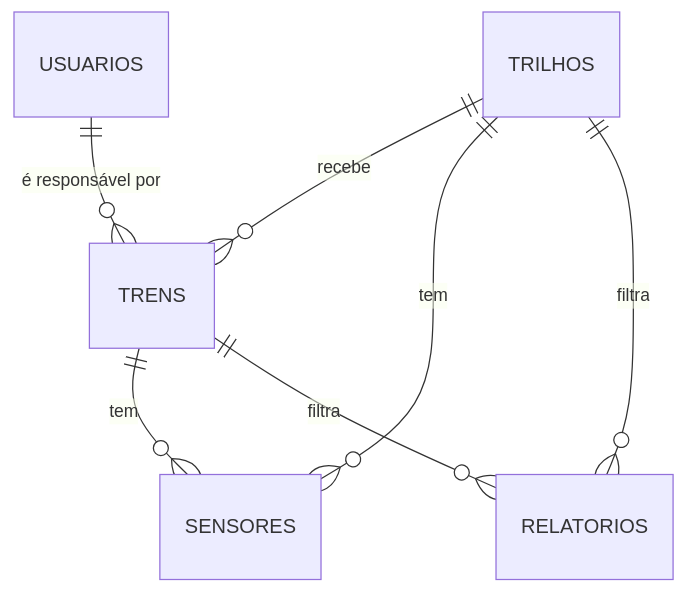
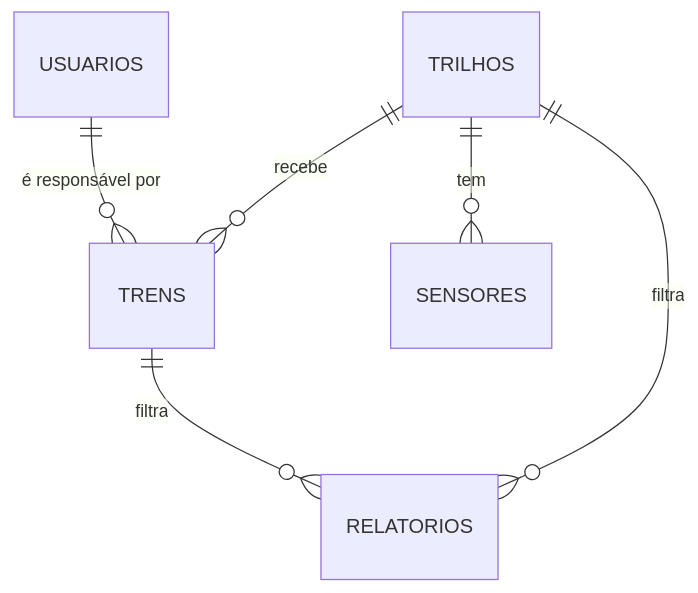
Before and after one commit to Lazzarott1/sa-ferrorama: the diagram in README.md, drawn with Mermaid. The commit also changed other lines of this file and 1 other file, not shown here.

````diff
--- a/README.md
+++ b/README.md
@@ -102,9 +81,8 @@
 ```mermaid
 erDiagram
     TRILHOS ||--o{ TRENS : "recebe"
     USUARIOS ||--o{ TRENS : "é responsável por"
-    TRENS ||--o{ SENSORES : "tem"
     TRILHOS ||--o{ SENSORES : "tem"
     TRENS ||--o{ RELATORIOS : "filtra"
     TRILHOS ||--o{ RELATORIOS : "filtra"
 ```
````
